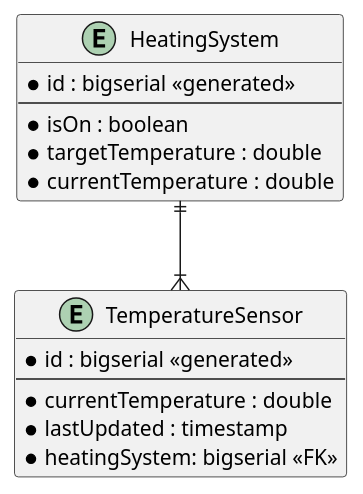
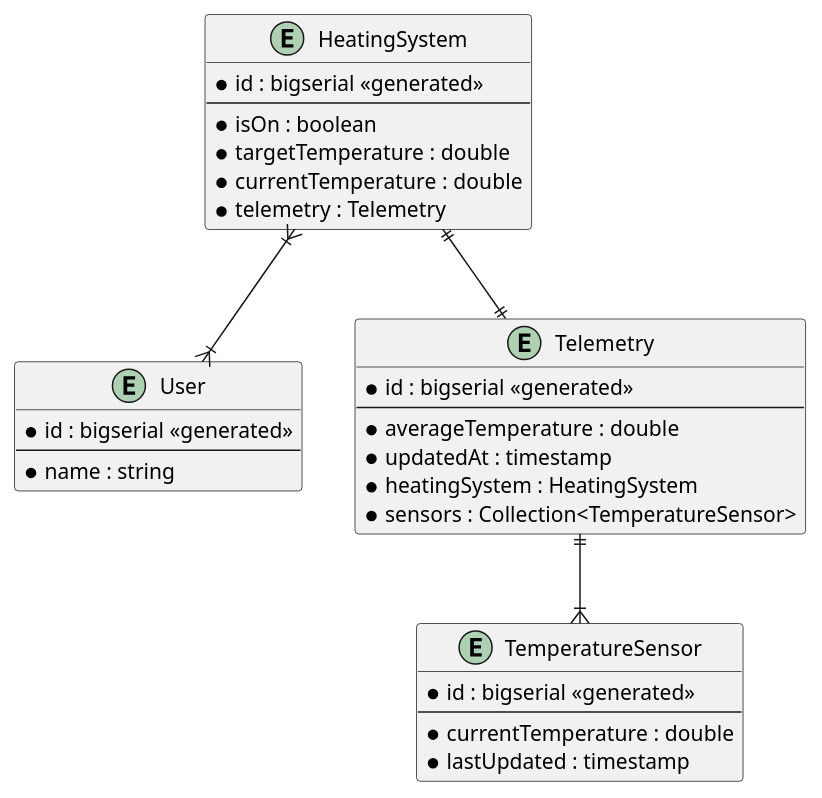
One commit to NikolayPol/architecture-microservices changed the diagram in diagrams/erd/erd.puml. Above: the diagram before and after it, drawn with PlantUML. The commit also changed 4 other files, not shown here.

Commit message:
diagrams updated

```diff
--- a/diagrams/erd/erd.puml
+++ b/diagrams/erd/erd.puml
@@ -1,21 +1,38 @@
 @startuml
+
+entity User {
+    * id : bigserial <<generated>>
+    --
+    * name : string
+}
 
 entity HeatingSystem {
     * id : bigserial <<generated>>
     --
     * isOn : boolean
     * targetTemperature : double
     * currentTemperature : double
+    * telemetry : Telemetry
+}
+
+entity Telemetry {
+    * id : bigserial <<generated>>
+    --
+    * averageTemperature : double
+    * updatedAt : timestamp
+    * heatingSystem : HeatingSystem
+    * sensors : Collection<TemperatureSensor>
 }
 
 entity TemperatureSensor {
     * id : bigserial <<generated>>
     --
     * currentTemperature : double
     * lastUpdated : timestamp
-    * heatingSystem: bigserial <<FK>>
 }
 
-HeatingSystem ||--|{ TemperatureSensor
+Telemetry ||--|{ TemperatureSensor
+HeatingSystem ||--|| Telemetry
+HeatingSystem }|--|{ User
 
 @enduml
```
